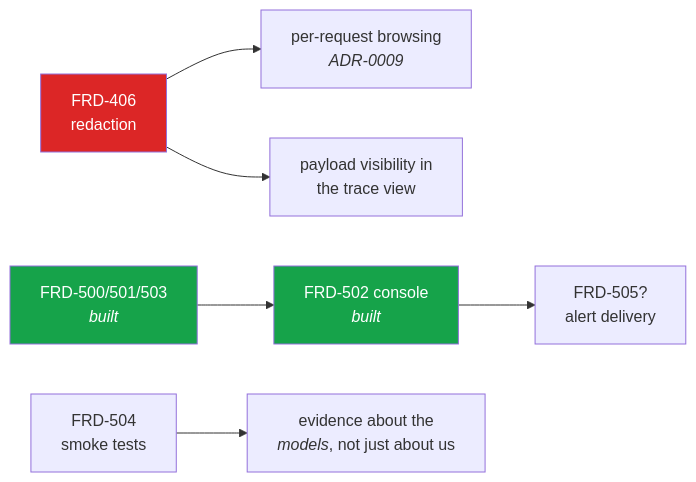
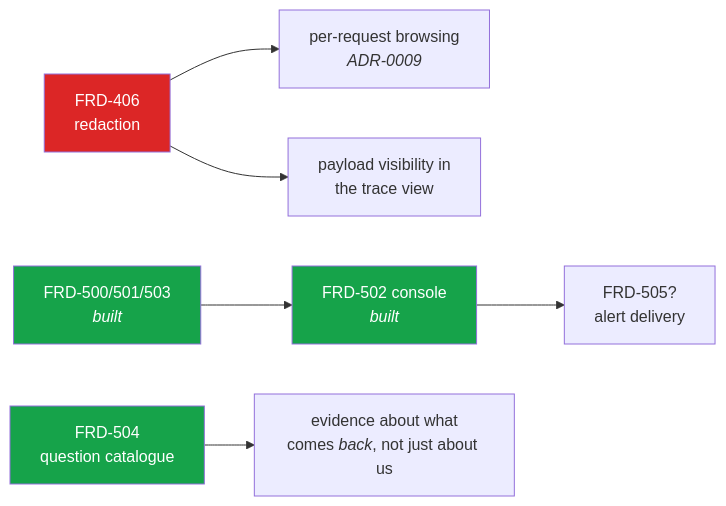
Before and after one commit to InigoImago/AIRA-Gateway: the diagram in docs/GAP-ANALYSIS.md, drawn with Mermaid. The commit also changed other lines of this file and 54 other files, not shown here.

````diff
--- a/docs/GAP-ANALYSIS.md
+++ b/docs/GAP-ANALYSIS.md
@@ -233,12 +237,13 @@
 ```mermaid
 graph LR
     r["FRD-406<br/>redaction"] --> browse["per-request browsing<br/><i>ADR-0009</i>"]
     r --> payload["payload visibility in<br/>the trace view"]
     detect["FRD-500/501/503<br/><i>built</i>"] --> console["FRD-502 console<br/><i>built</i>"]
     console --> deliver["FRD-505?<br/>alert delivery"]
-    smoke["FRD-504<br/>smoke tests"] --> evidence["evidence about the<br/><i>models</i>, not just about us"]
+    smoke["FRD-504<br/>question catalogue"] --> evidence["evidence about what<br/>comes <i>back</i>, not just about us"]
 
     style r fill:#dc2626,color:#fff
     style console fill:#16a34a,color:#fff
     style detect fill:#16a34a,color:#fff
+    style smoke fill:#16a34a,color:#fff
 ```
````
